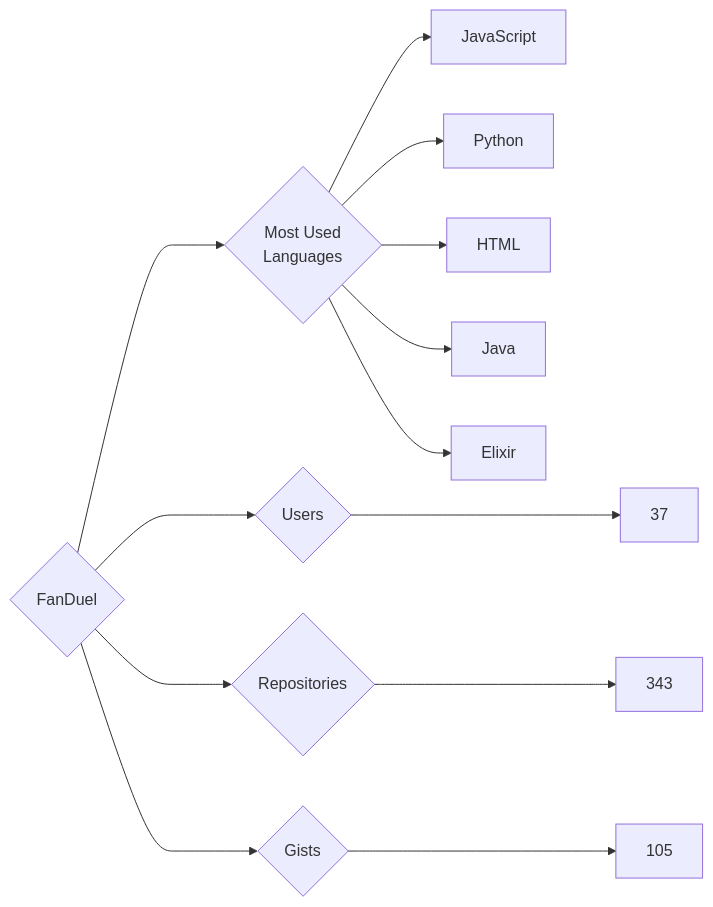
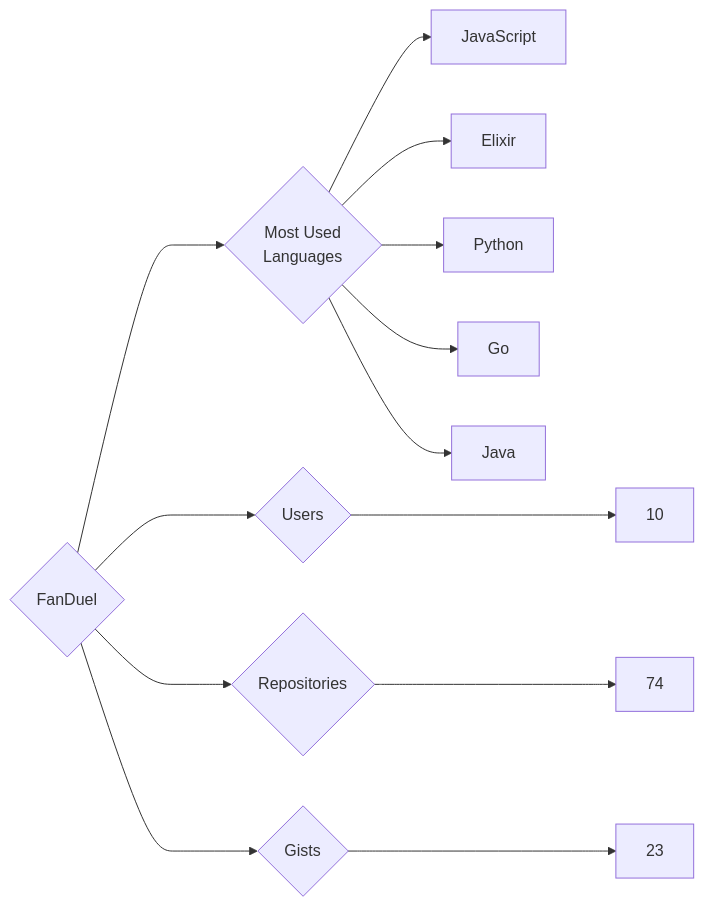
Before and after one commit to trickest/insiders: the diagram in targets/FanDuel/README.md, drawn with Mermaid. The commit also changed 847 other files, not shown here.

````diff
--- a/targets/FanDuel/README.md
+++ b/targets/FanDuel/README.md
@@ -3,13 +3,13 @@
 ```mermaid
 graph LR
 COMPANY_NAME{FanDuel}
-COMPANY_NAME ---> U{Users} ---> UN[37]
-COMPANY_NAME ---> R{Repositories} ---> RN[343]
-COMPANY_NAME ---> G{Gists} ---> GN[105]
+COMPANY_NAME ---> U{Users} ---> UN[10]
+COMPANY_NAME ---> R{Repositories} ---> RN[74]
+COMPANY_NAME ---> G{Gists} ---> GN[23]
 COMPANY_NAME ---> ML{Most Used<br>Languages}
 ML --> JavaScript[JavaScript]
+ML --> Elixir[Elixir]
 ML --> Python[Python]
-ML --> HTML[HTML]
+ML --> Go[Go]
 ML --> Java[Java]
-ML --> Elixir[Elixir]
 ```
````
